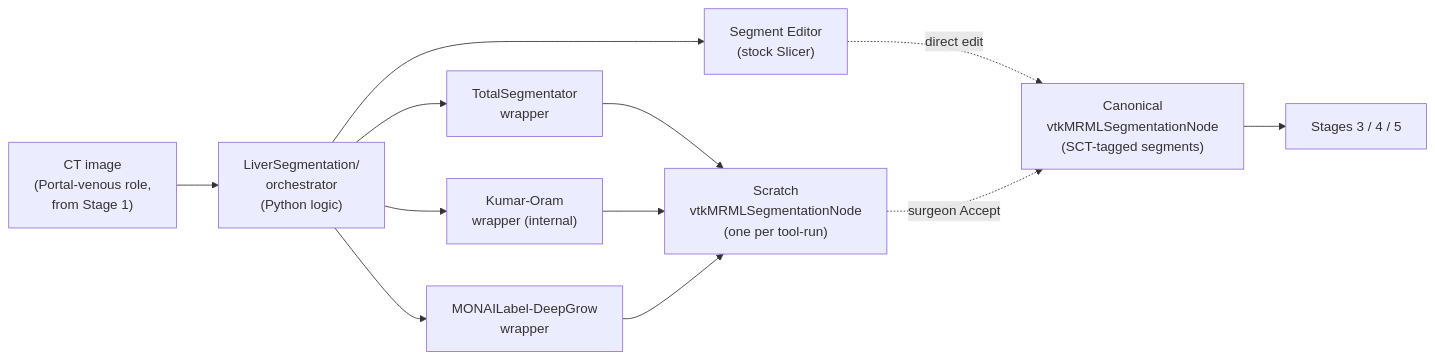
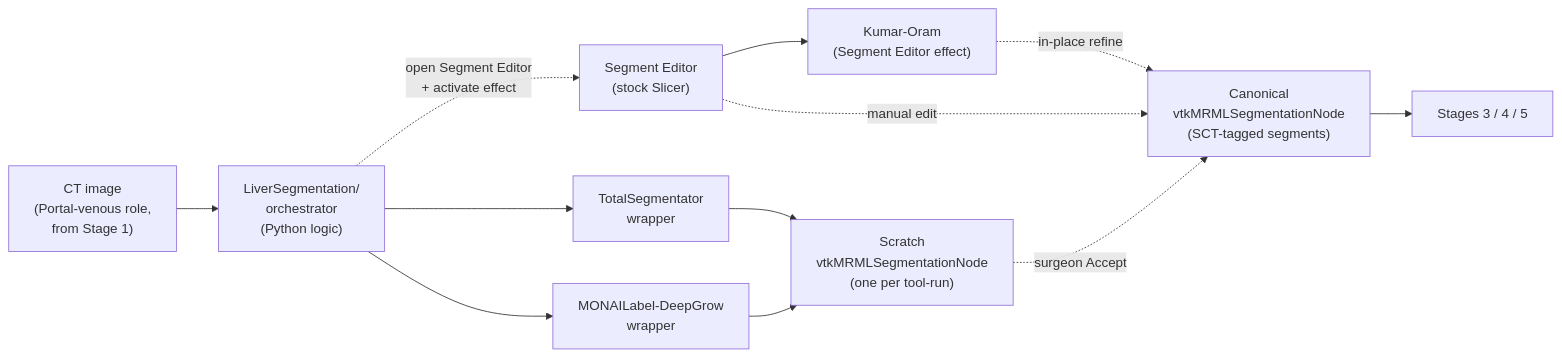
The diagram in Docs/adr/0024-segmentation-orchestration.md (ALive-research/Slicer-Liver), drawn with Mermaid before and after one commit. The commit also changed other lines of this file, not shown here.

````diff
--- a/Docs/adr/0024-segmentation-orchestration.md
+++ b/Docs/adr/0024-segmentation-orchestration.md
@@ -78,24 +79,24 @@
 ```mermaid
 flowchart LR
     Image["CT image<br/>(Portal-venous role,<br/>from Stage 1)"]
     Orch["LiverSegmentation/<br/>orchestrator<br/>(Python logic)"]
     TS["TotalSegmentator<br/>wrapper"]
-    KO["Kumar-Oram<br/>wrapper (internal)"]
     ML["MONAILabel-DeepGrow<br/>wrapper"]
     SE["Segment Editor<br/>(stock Slicer)"]
+    KO["Kumar-Oram<br/>(Segment Editor effect)"]
     Scratch["Scratch<br/>vtkMRMLSegmentationNode<br/>(one per tool-run)"]
     Canonical["Canonical<br/>vtkMRMLSegmentationNode<br/>(SCT-tagged segments)"]
     Stages["Stages 3 / 4 / 5"]
 
     Image --> Orch
     Orch --> TS
-    Orch --> KO
     Orch --> ML
-    Orch --> SE
+    Orch -."open Segment Editor<br/>+ activate effect".-> SE
+    SE --> KO
     TS --> Scratch
-    KO --> Scratch
     ML --> Scratch
-    SE -.direct edit.-> Canonical
+    KO -.in-place refine.-> Canonical
+    SE -.manual edit.-> Canonical
     Scratch -.surgeon Accept.-> Canonical
     Canonical --> Stages
 ```
````
